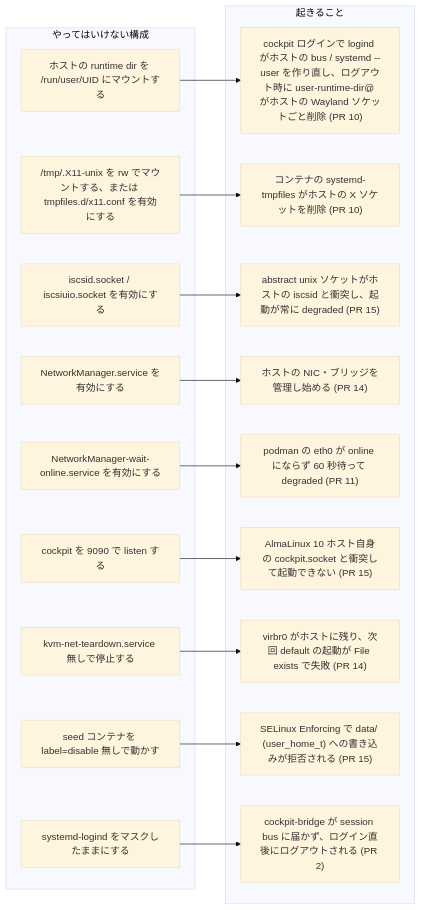
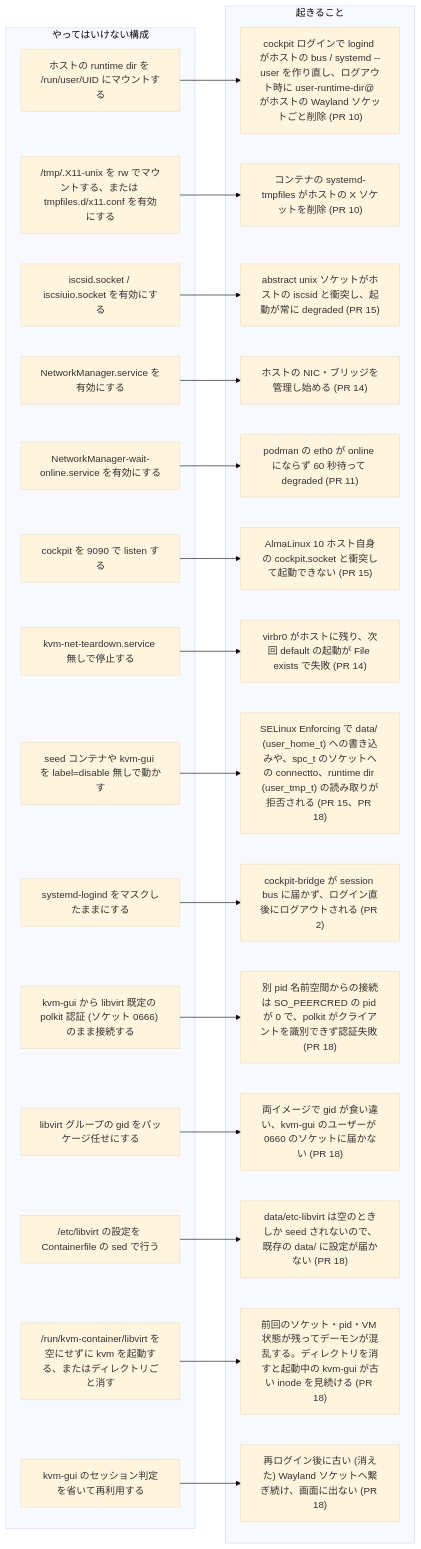
One commit to ryo-aoki-pc/kvm-container changed diagram 21 of 22 in docs/SPEC.md. Above: the diagram before and after it, drawn with Mermaid (base theme). The commit also changed other lines of this file, not shown here.

First line of the commit message:
docs/SPEC.md を 2 コンテナ構成 (kvm + kvm-gui) に合わせて全面更新する

````diff
--- a/docs/SPEC.md
+++ b/docs/SPEC.md
@@ -801,34 +986,49 @@
 ```mermaid
 flowchart LR
   subgraph bad ["やってはいけない構成"]
     b1["ホストの runtime dir を /run/user/UID にマウントする"]
     b2["/tmp/.X11-unix を rw でマウントする、または tmpfiles.d/x11.conf を有効にする"]
     b3["iscsid.socket / iscsiuio.socket を有効にする"]
     b4["NetworkManager.service を有効にする"]
     b5["NetworkManager-wait-online.service を有効にする"]
     b6["cockpit を 9090 で listen する"]
     b7["kvm-net-teardown.service 無しで停止する"]
-    b8["seed コンテナを label=disable 無しで動かす"]
+    b8["seed コンテナや kvm-gui を label=disable 無しで動かす"]
     b9["systemd-logind をマスクしたままにする"]
+    b10["kvm-gui から libvirt 既定の polkit 認証 (ソケット 0666) のまま接続する"]
+    b11["libvirt グループの gid をパッケージ任せにする"]
+    b12["/etc/libvirt の設定を Containerfile の sed で行う"]
+    b13["/run/kvm-container/libvirt を空にせずに kvm を起動する、またはディレクトリごと消す"]
+    b14["kvm-gui のセッション判定を省いて再利用する"]
   end
   subgraph result ["起きること"]
     r1["cockpit ログインで logind がホストの bus / systemd --user を作り直し、ログアウト時に user-runtime-dir@ がホストの Wayland ソケットごと削除 (PR 10)"]
     r2["コンテナの systemd-tmpfiles がホストの X ソケットを削除 (PR 10)"]
     r3["abstract unix ソケットがホストの iscsid と衝突し、起動が常に degraded (PR 15)"]
     r4["ホストの NIC・ブリッジを管理し始める (PR 14)"]
     r5["podman の eth0 が online にならず 60 秒待って degraded (PR 11)"]
     r6["AlmaLinux 10 ホスト自身の cockpit.socket と衝突して起動できない (PR 15)"]
     r7["virbr0 がホストに残り、次回 default の起動が File exists で失敗 (PR 14)"]
-    r8["SELinux Enforcing で data/ (user_home_t) への書き込みが拒否される (PR 15)"]
+    r8["SELinux Enforcing で data/ (user_home_t) への書き込みや、spc_t のソケットへの connectto、runtime dir (user_tmp_t) の読み取りが拒否される (PR 15、PR 18)"]
     r9["cockpit-bridge が session bus に届かず、ログイン直後にログアウトされる (PR 2)"]
+    r10["別 pid 名前空間からの接続は SO_PEERCRED の pid が 0 で、polkit がクライアントを識別できず認証失敗 (PR 18)"]
+    r11["両イメージで gid が食い違い、kvm-gui のユーザーが 0660 のソケットに届かない (PR 18)"]
+    r12["data/etc-libvirt は空のときしか seed されないので、既存の data/ に設定が届かない (PR 18)"]
+    r13["前回のソケット・pid・VM 状態が残ってデーモンが混乱する。ディレクトリを消すと起動中の kvm-gui が古い inode を見続ける (PR 18)"]
+    r14["再ログイン後に古い (消えた) Wayland ソケットへ繋ぎ続け、画面に出ない (PR 18)"]
   end
   b1 --> r1
   b2 --> r2
   b3 --> r3
   b4 --> r4
   b5 --> r5
   b6 --> r6
   b7 --> r7
   b8 --> r8
   b9 --> r9
+  b10 --> r10
+  b11 --> r11
+  b12 --> r12
+  b13 --> r13
+  b14 --> r14
 ```
````
